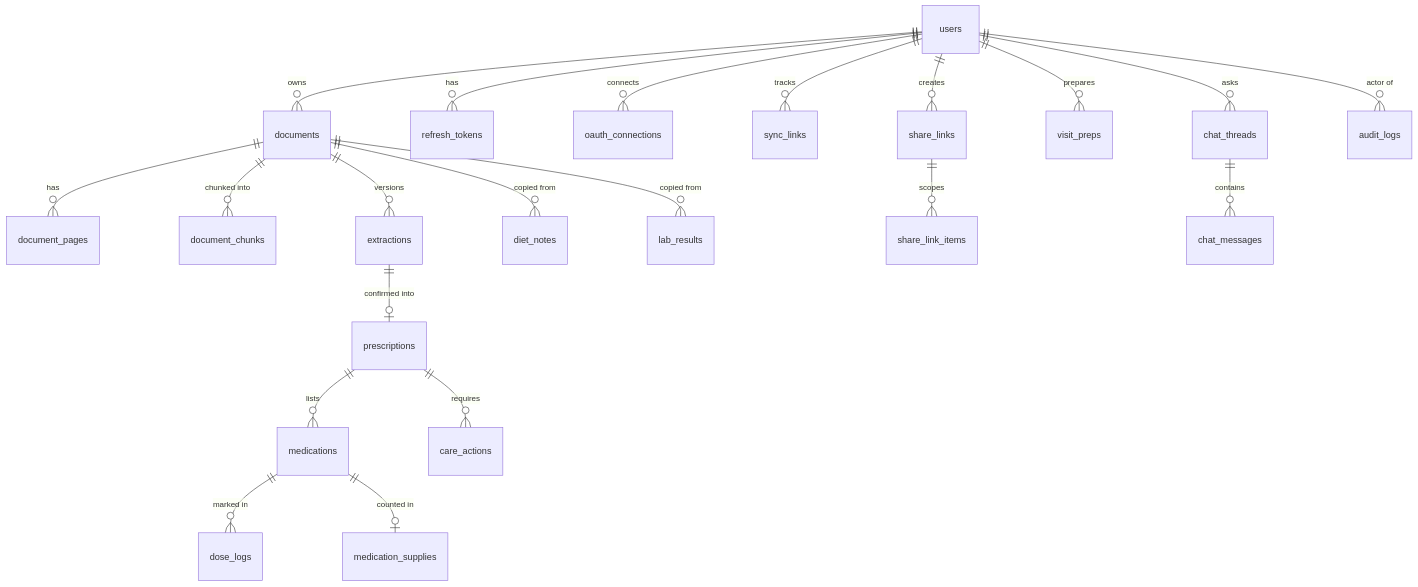
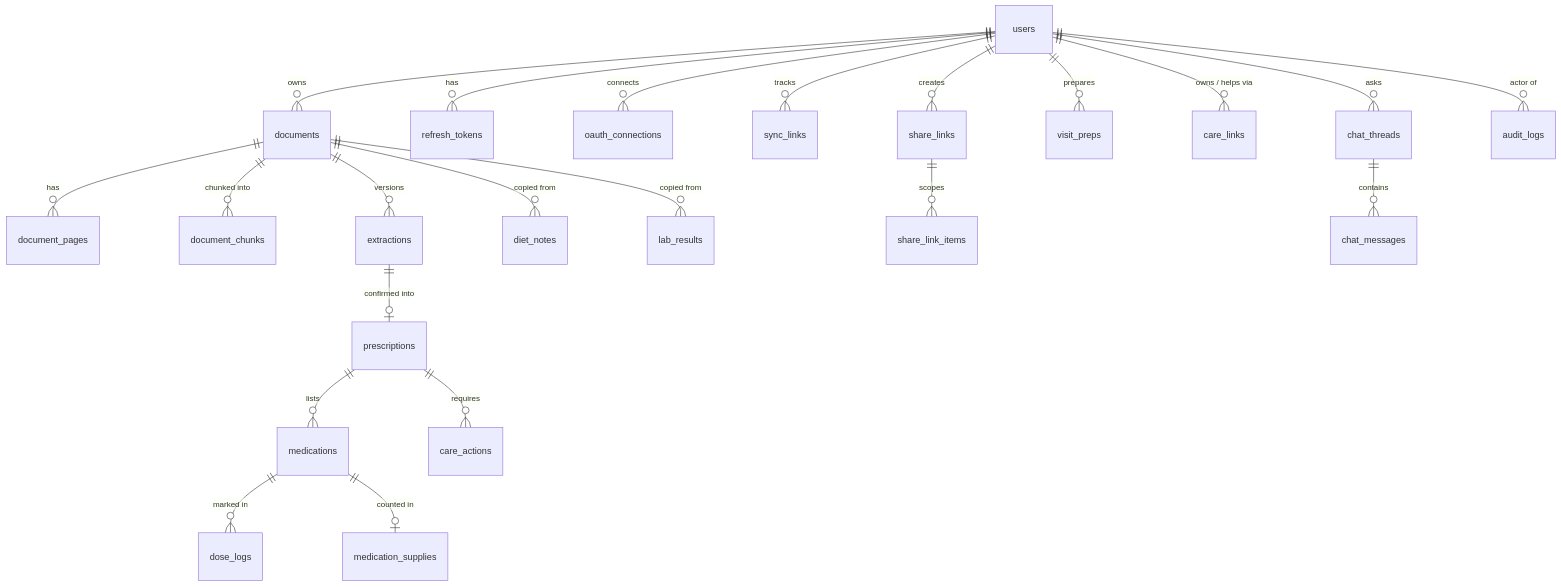
Before and after one commit to SriramWorkSpace/MedSpace-Healthcare: the fourth of 4 diagrams in docs/architecture.md, drawn with Mermaid. The commit also changed other lines of this file and 42 other files, not shown here.

````diff
--- a/docs/architecture.md
+++ b/docs/architecture.md
@@ -225,23 +226,24 @@
 ```mermaid
 erDiagram
   users ||--o{ documents : owns
   users ||--o{ refresh_tokens : has
   documents ||--o{ document_pages : has
   documents ||--o{ document_chunks : "chunked into"
   documents ||--o{ extractions : "versions"
   extractions ||--o| prescriptions : "confirmed into"
   prescriptions ||--o{ medications : lists
   medications ||--o{ dose_logs : "marked in"
   medications ||--o| medication_supplies : "counted in"
   prescriptions ||--o{ care_actions : requires
   documents ||--o{ diet_notes : "copied from"
   documents ||--o{ lab_results : "copied from"
   users ||--o{ oauth_connections : connects
   users ||--o{ sync_links : tracks
   users ||--o{ share_links : creates
   users ||--o{ visit_preps : prepares
+  users ||--o{ care_links : "owns / helps via"
   share_links ||--o{ share_link_items : scopes
   users ||--o{ chat_threads : asks
   chat_threads ||--o{ chat_messages : contains
   users ||--o{ audit_logs : "actor of"
 ```
````
